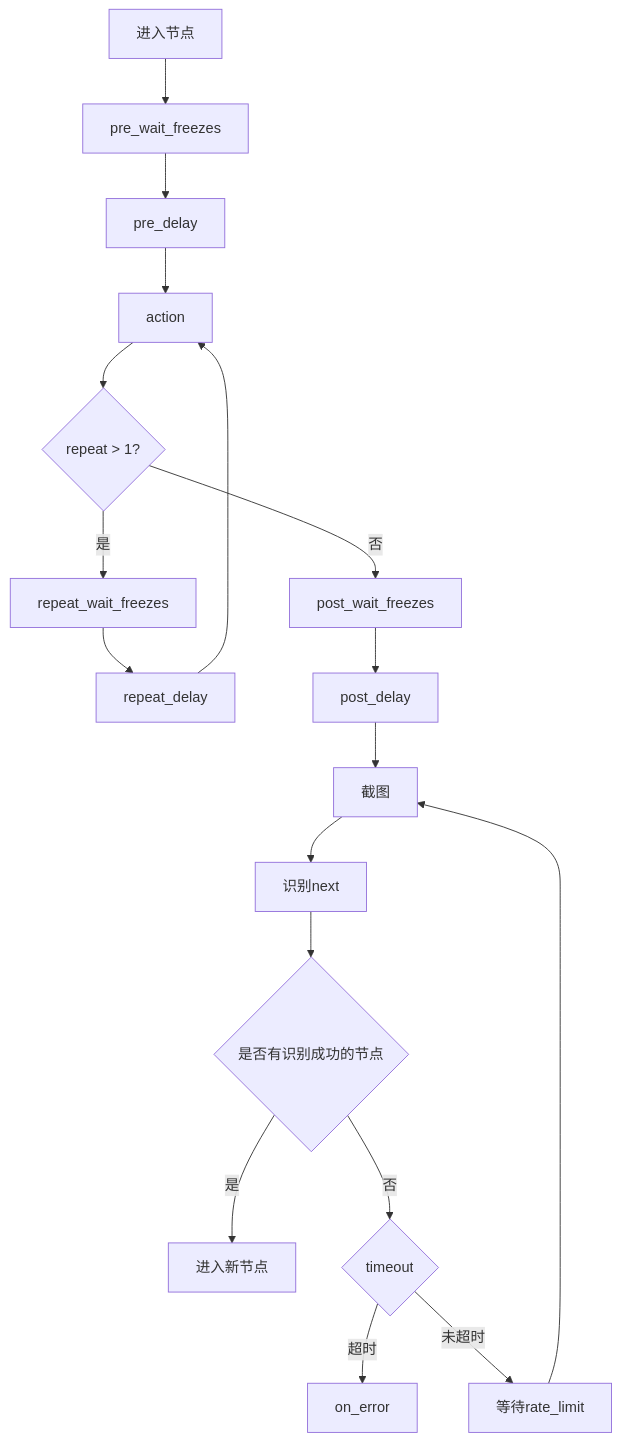
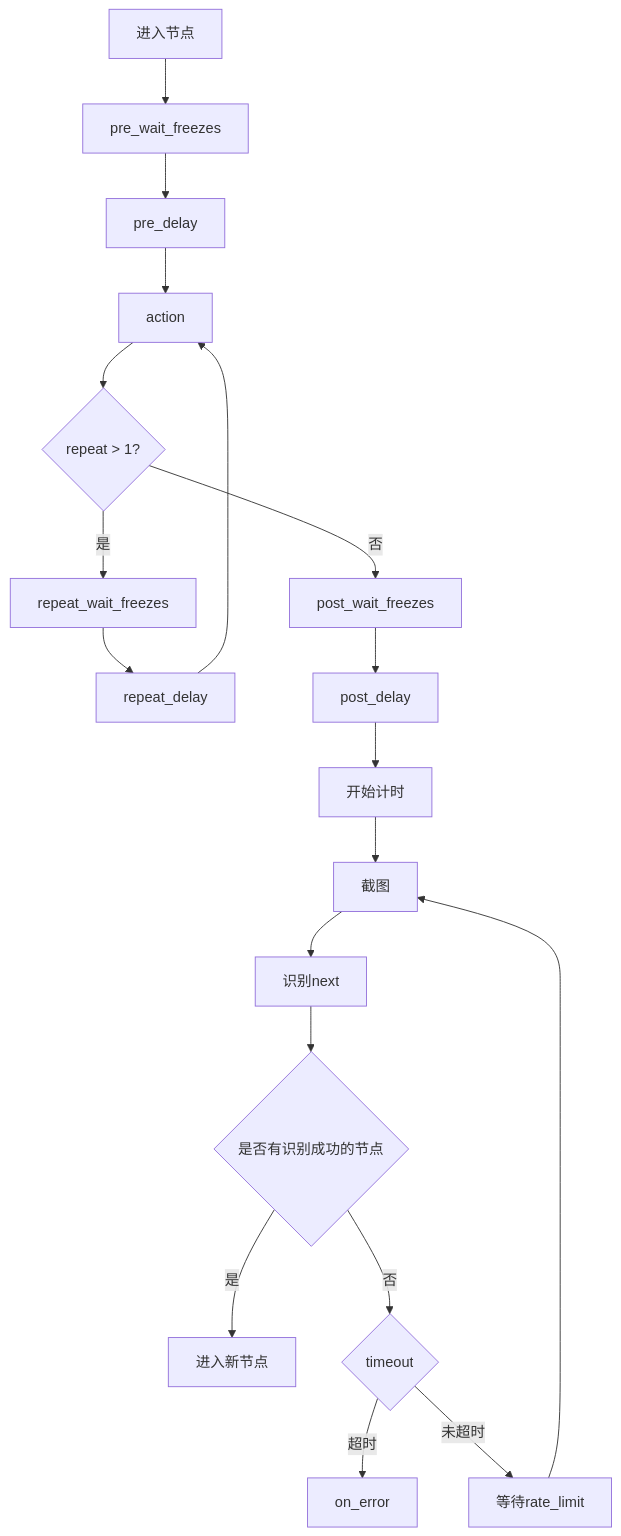
One commit to kqcoxn/MaaPipelineEditor changed the third of 4 diagrams in instructions/maafw-guide/3.1-任务流水线协议.md. Above: the diagram before and after it, drawn with Mermaid. The commit also changed other lines of this file and 9 other files, not shown here.

````diff
--- a/instructions/maafw-guide/3.1-任务流水线协议.md
+++ b/instructions/maafw-guide/3.1-任务流水线协议.md
@@ -236,20 +237,21 @@
 ```mermaid
     graph TB
         A[进入节点] --> B[pre_wait_freezes]
         B --> C[pre_delay]
         C --> D[action]
         D --> M{repeat > 1?}
         M -->|是| N[repeat_wait_freezes]
         N --> O[repeat_delay]
         O --> D
         M -->|否| E[post_wait_freezes]
         E --> F[post_delay]
-        F --> P[截图]
+        F --> Q[开始计时]
+        Q --> P[截图]
         P --> G[识别next]
         G --> H{是否有识别成功的节点}
         H -->|是| I[进入新节点]
         H -->|否| J{timeout}
         J -->|超时| K[on_error]
         J -->|未超时| L[等待rate_limit]
         L --> P
 ```
````
